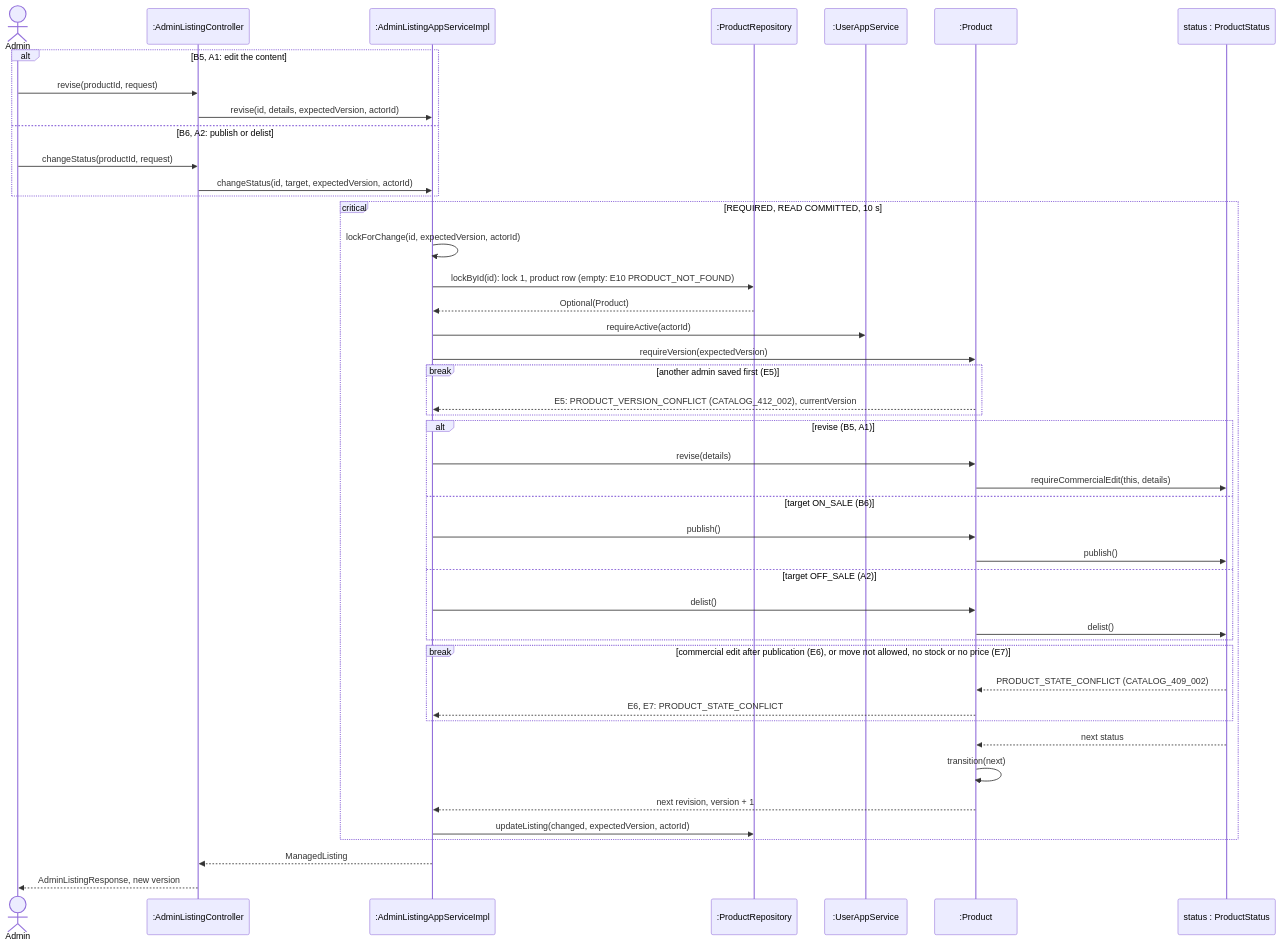
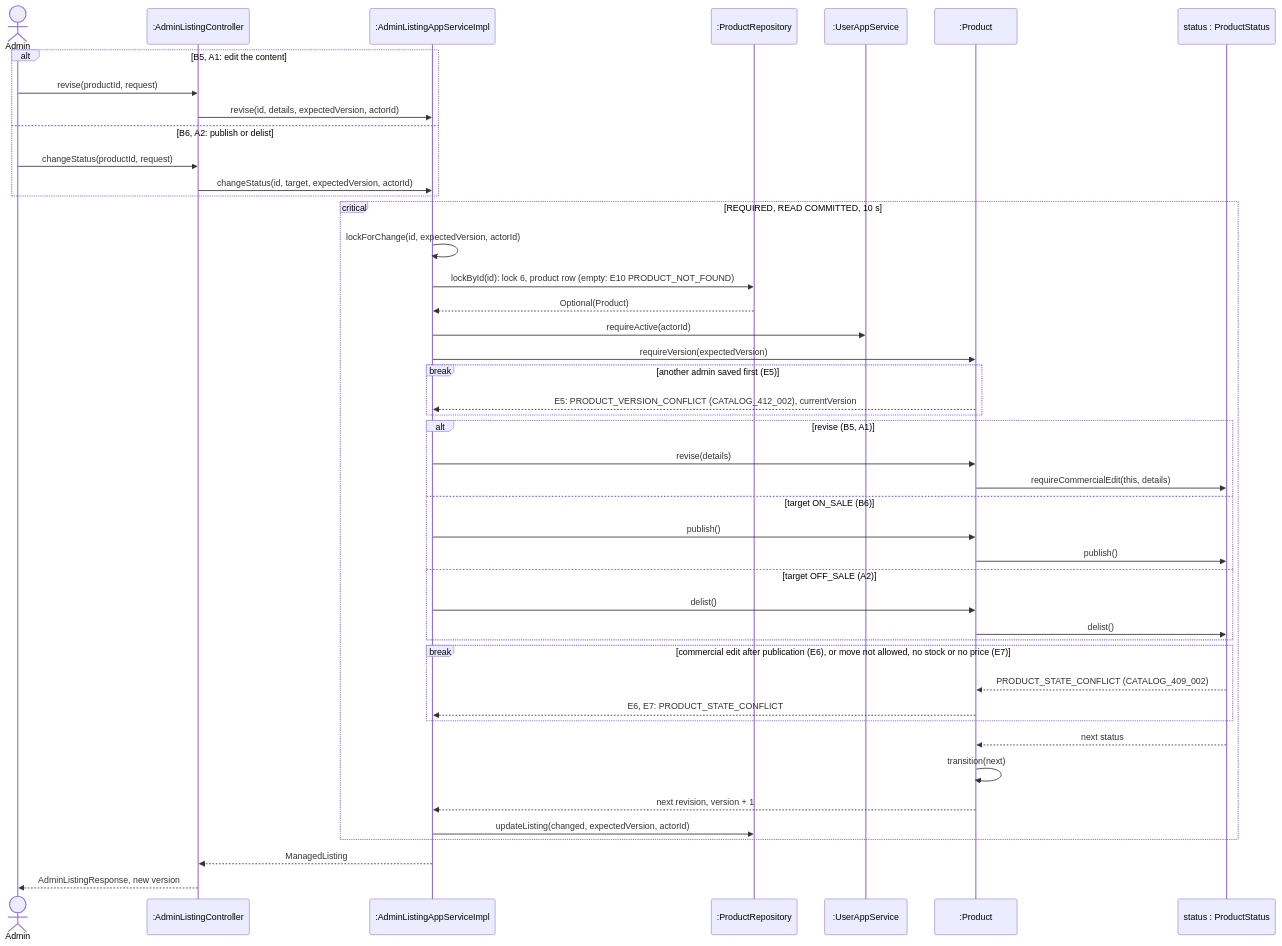
Before and after one commit to PPsyrius/iss-groupbuy-team8: the diagram in docs/swe5001/report/diagrams/appendix-a/src/a-uc09-ds-change.mmd, drawn with Mermaid. The commit also changed 86 other files, not shown here.

```diff
--- a/docs/swe5001/report/diagrams/appendix-a/src/a-uc09-ds-change.mmd
+++ b/docs/swe5001/report/diagrams/appendix-a/src/a-uc09-ds-change.mmd
@@ -1,47 +1,47 @@
 %% frame: UC9 B5, B6, A1, A2: revise or change the state under both locks (design)
 sequenceDiagram
     actor Admin
     participant Ctl as :AdminListingController
     participant App as :AdminListingAppServiceImpl
     participant Repo as :ProductRepository
     participant Users as :UserAppService
     participant Prod as :Product
     participant State as status : ProductStatus
 
     alt B5, A1: edit the content
         Admin->>Ctl: revise(productId, request)
         Ctl->>App: revise(id, details, expectedVersion, actorId)
     else B6, A2: publish or delist
         Admin->>Ctl: changeStatus(productId, request)
         Ctl->>App: changeStatus(id, target, expectedVersion, actorId)
     end
     critical REQUIRED, READ COMMITTED, 10 s
         App->>App: lockForChange(id, expectedVersion, actorId)
-        App->>Repo: lockById(id): lock 1, product row (empty: E10 PRODUCT_NOT_FOUND)
+        App->>Repo: lockById(id): lock 6, product row (empty: E10 PRODUCT_NOT_FOUND)
         Repo-->>App: Optional(Product)
         App->>Users: requireActive(actorId)
         App->>Prod: requireVersion(expectedVersion)
         break another admin saved first (E5)
             Prod-->>App: E5: PRODUCT_VERSION_CONFLICT (CATALOG_412_002), currentVersion
         end
         alt revise (B5, A1)
             App->>Prod: revise(details)
             Prod->>State: requireCommercialEdit(this, details)
         else target ON_SALE (B6)
             App->>Prod: publish()
             Prod->>State: publish()
         else target OFF_SALE (A2)
             App->>Prod: delist()
             Prod->>State: delist()
         end
         break commercial edit after publication (E6), or move not allowed, no stock or no price (E7)
             State-->>Prod: PRODUCT_STATE_CONFLICT (CATALOG_409_002)
             Prod-->>App: E6, E7: PRODUCT_STATE_CONFLICT
         end
         State-->>Prod: next status
         Prod->>Prod: transition(next)
         Prod-->>App: next revision, version + 1
         App->>Repo: updateListing(changed, expectedVersion, actorId)
     end
     App-->>Ctl: ManagedListing
     Ctl-->>Admin: AdminListingResponse, new version
```
